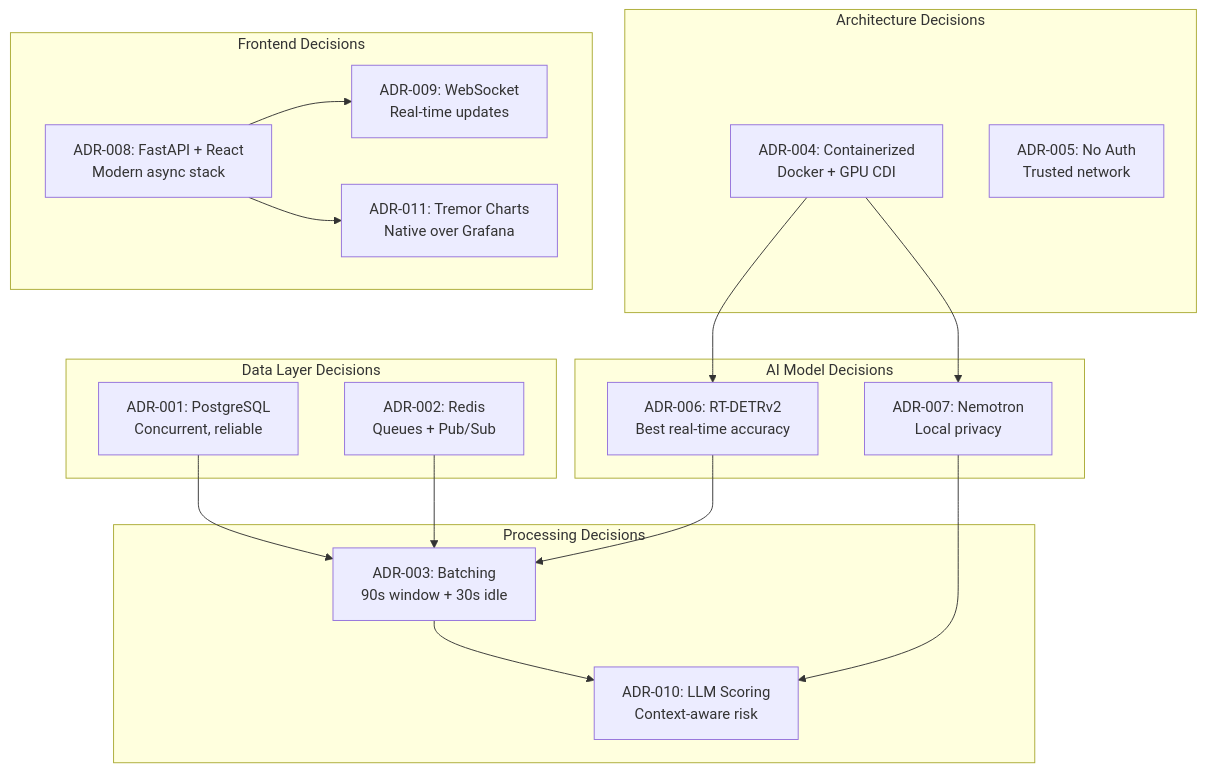
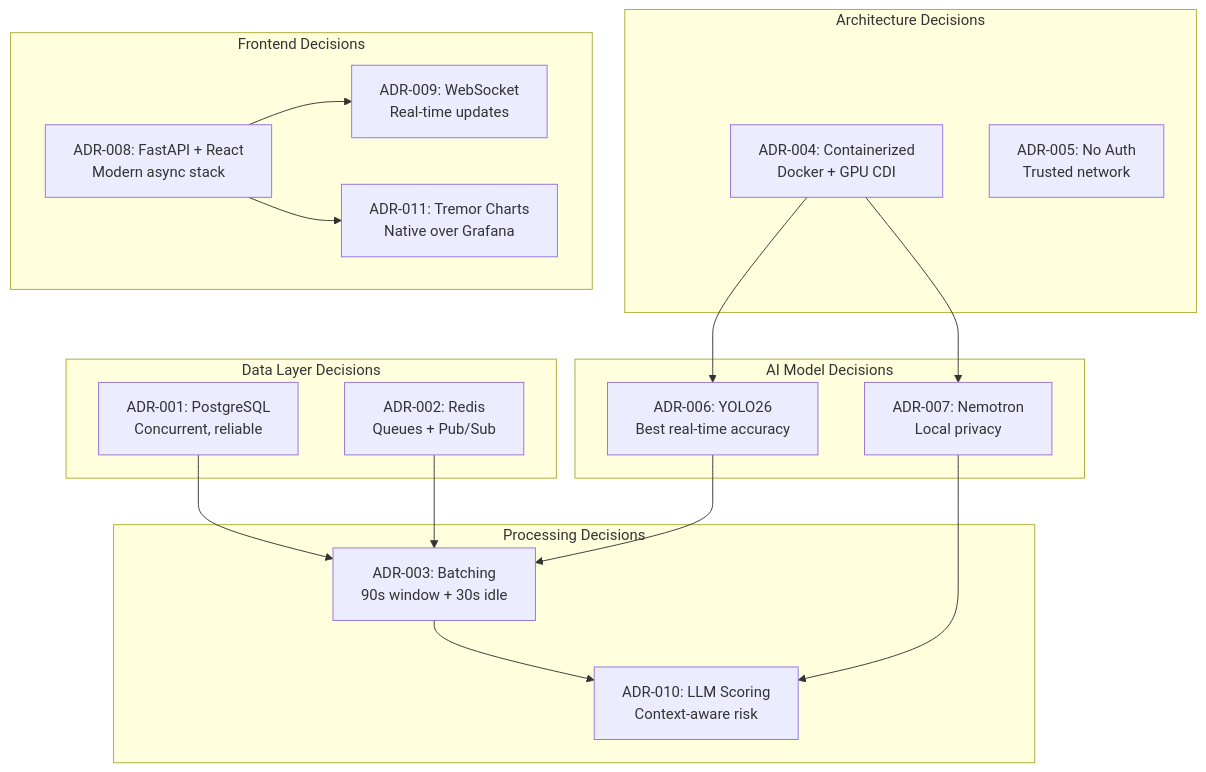
One commit to mikesvoboda/nemotron-v3-home-security-intelligence changed the third of 3 diagrams in docs/architecture/decisions.md. Above: the diagram before and after it, drawn with Mermaid. The commit also changed other lines of this file and 474 other files, not shown here.

````diff
--- a/docs/architecture/decisions.md
+++ b/docs/architecture/decisions.md
@@ -761,38 +761,38 @@
 ```mermaid
 flowchart TB
     subgraph "Data Layer Decisions"
         DB["ADR-001: PostgreSQL<br/>Concurrent, reliable"]
         RD["ADR-002: Redis<br/>Queues + Pub/Sub"]
     end
 
     subgraph "Processing Decisions"
         BA["ADR-003: Batching<br/>90s window + 30s idle"]
         RS["ADR-010: LLM Scoring<br/>Context-aware risk"]
     end
 
     subgraph "AI Model Decisions"
-        DET["ADR-006: RT-DETRv2<br/>Best real-time accuracy"]
+        DET["ADR-006: YOLO26<br/>Best real-time accuracy"]
         LLM["ADR-007: Nemotron<br/>Local privacy"]
     end
 
     subgraph "Architecture Decisions"
         HY["ADR-004: Containerized<br/>Docker + GPU CDI"]
         NA["ADR-005: No Auth<br/>Trusted network"]
     end
 
     subgraph "Frontend Decisions"
         ST["ADR-008: FastAPI + React<br/>Modern async stack"]
         WS["ADR-009: WebSocket<br/>Real-time updates"]
         CH["ADR-011: Tremor Charts<br/>Native over Grafana"]
     end
 
     DB --> BA
     RD --> BA
     BA --> RS
     DET --> BA
     LLM --> RS
     HY --> DET
     HY --> LLM
     ST --> WS
     ST --> CH
 ```
````
